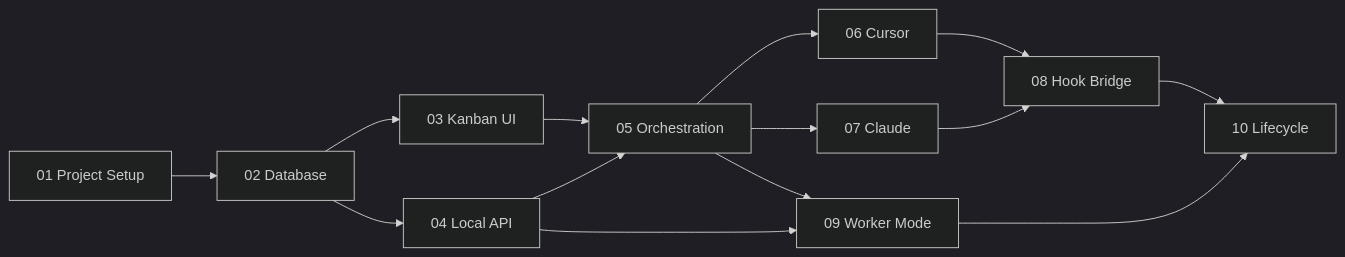
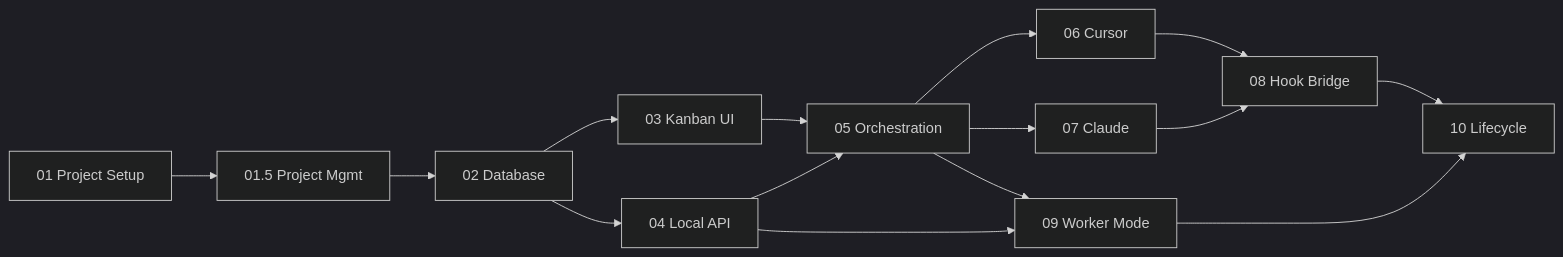
Before and after one commit to TannerBurns/bored: the second of 2 diagrams in docs/guides/README.md, drawn with Mermaid (dark theme). The commit also changed other lines of this file and 1 other file, not shown here.

````diff
--- a/docs/guides/README.md
+++ b/docs/guides/README.md
@@ -88,16 +89,17 @@
 ```mermaid
 flowchart LR
-    A[01 Project Setup] --> B[02 Database]
+    A[01 Project Setup] --> A5[01.5 Project Mgmt]
+    A5 --> B[02 Database]
     B --> C[03 Kanban UI]
     B --> D[04 Local API]
     C --> E[05 Orchestration]
     D --> E
     E --> F[06 Cursor]
     E --> G[07 Claude]
     F --> H[08 Hook Bridge]
     G --> H
     D --> I[09 Worker Mode]
     E --> I
     H --> J[10 Lifecycle]
     I --> J
 ```
````
